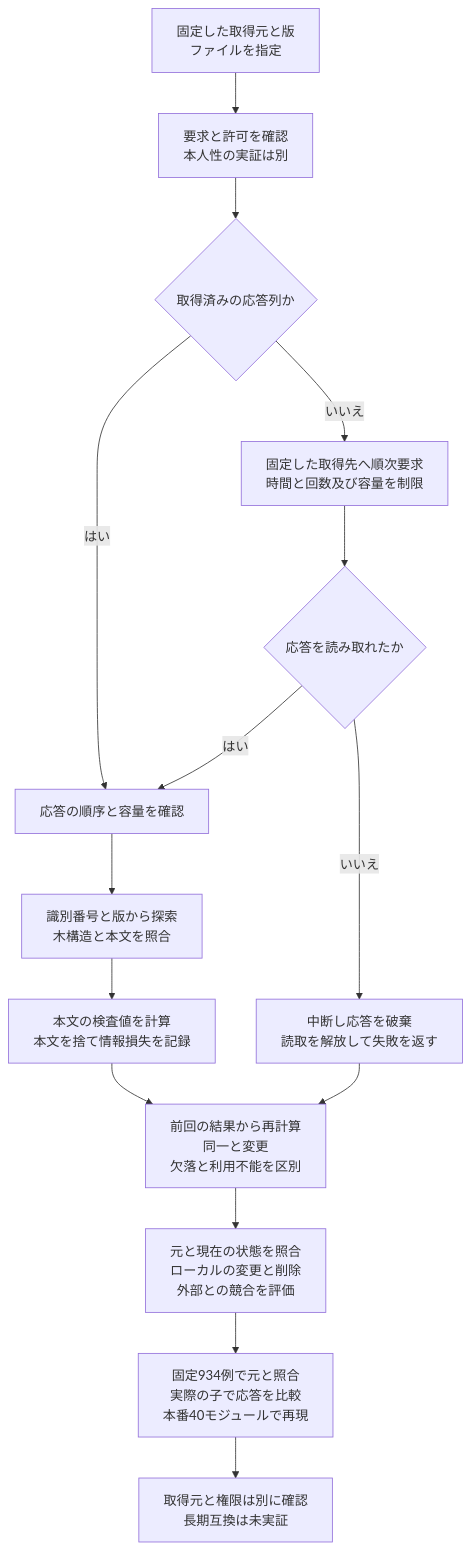
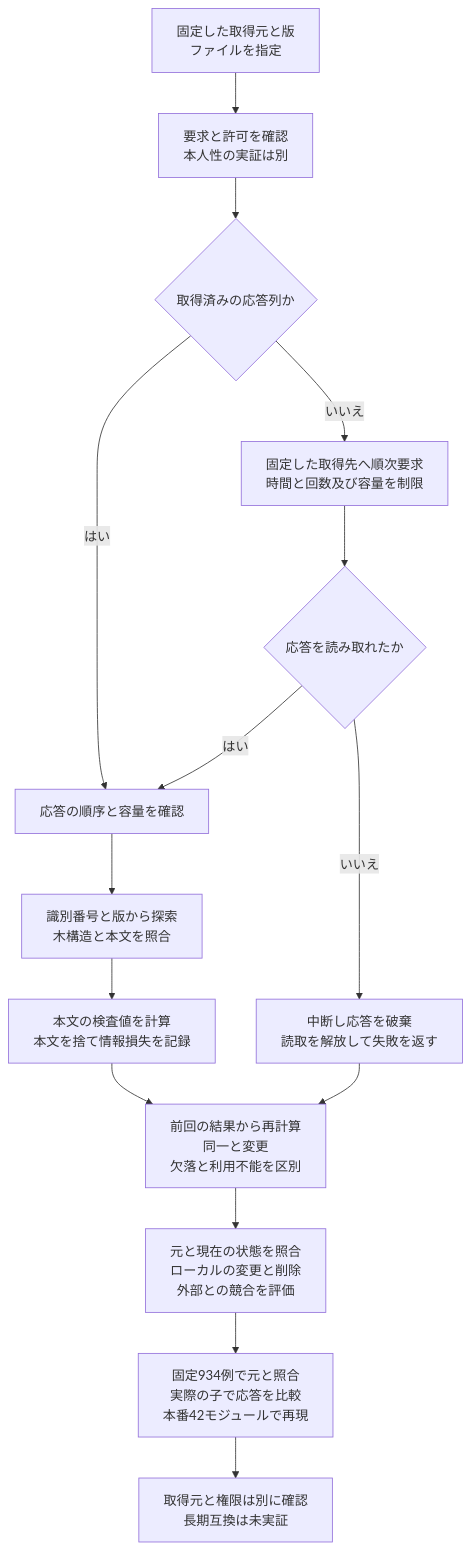
Before and after one commit to koukemo/morivyx: the diagram in docs/diagrams/python-github-import.mmd, drawn with Mermaid. The commit also changed 28 other files, not shown here.

```diff
--- a/docs/diagrams/python-github-import.mmd
+++ b/docs/diagrams/python-github-import.mmd
@@ -1,15 +1,15 @@
 flowchart TD
   A[固定した取得元と版<br/>ファイルを指定] --> B[要求と許可を確認<br/>本人性の実証は別]
   B --> C{取得済みの応答列か}
   C -->|はい| D[応答の順序と容量を確認]
   C -->|いいえ| E[固定した取得先へ順次要求<br/>時間と回数及び容量を制限]
   E --> F{応答を読み取れたか}
   F -->|はい| D
   F -->|いいえ| G[中断し応答を破棄<br/>読取を解放して失敗を返す]
   D --> H[識別番号と版から探索<br/>木構造と本文を照合]
   H --> I[本文の検査値を計算<br/>本文を捨て情報損失を記録]
   I --> J[前回の結果から再計算<br/>同一と変更<br/>欠落と利用不能を区別]
   G --> J
   J --> K[元と現在の状態を照合<br/>ローカルの変更と削除<br/>外部との競合を評価]
-  K --> L[固定934例で元と照合<br/>実際の子で応答を比較<br/>本番40モジュールで再現]
+  K --> L[固定934例で元と照合<br/>実際の子で応答を比較<br/>本番42モジュールで再現]
   L --> M[取得元と権限は別に確認<br/>長期互換は未実証]
```
